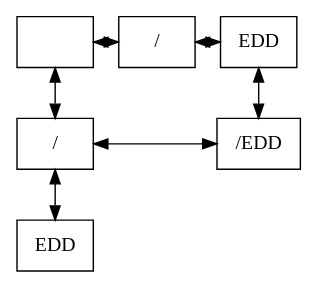
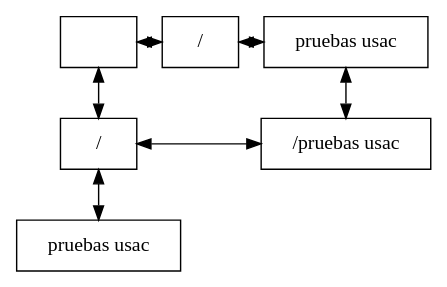
The diagram in Reportes/Matriz.dot (CSuy/EDD_2S2019_PY2_201700918), drawn with Graphviz before and after one commit. The commit also changed 28 other files, not shown here.

```diff
--- a/Reportes/Matriz.dot
+++ b/Reportes/Matriz.dot
@@ -1,27 +1,27 @@
 digraph guia{ 
  node[shape=box] 
  rankdir=UD; 
  {rank=min; 
 nodo00[label="" ,rankdir=LR, group=0]; 
 nodo10[label="/" ,rankdir=LR, group=1]; 
-nodo20[label="EDD" ,rankdir=LR, group=2]; 
+nodo20[label="pruebas usac" ,rankdir=LR, group=2]; 
 } 
 {rank=same; 
 nodo00[label=" " , group=0]; 
 nodo10[label=" /" , group=1]; 
-nodo20[label=" EDD" , group=2]; 
+nodo20[label=" pruebas usac" , group=2]; 
 } 
 {rank=same; 
 nodo01[label=" /" , group=0]; 
-nodo21[label=" /EDD" , group=2]; 
+nodo21[label=" /pruebas usac" , group=2]; 
 } 
 {rank=same; 
-nodo02[label=" EDD" , group=0]; 
+nodo02[label=" pruebas usac" , group=0]; 
 } 
 nodo00 -> nodo10[dir=both]; 
 nodo10 -> nodo20[dir=both]; 
 nodo01 -> nodo21[dir=both]; 
 nodo00 -> nodo01[dir=both]; 
 nodo01 -> nodo02[dir=both]; 
 nodo20 -> nodo21[dir=both]; 
 } 
```
